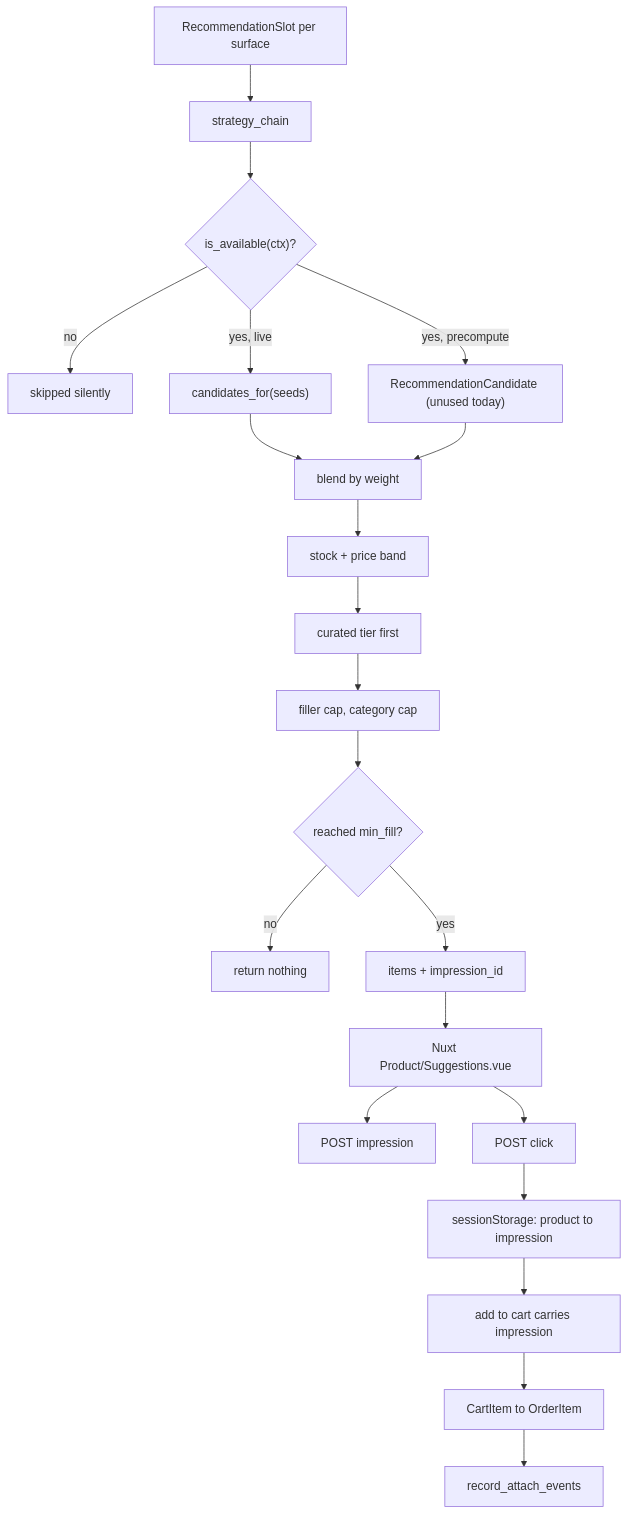
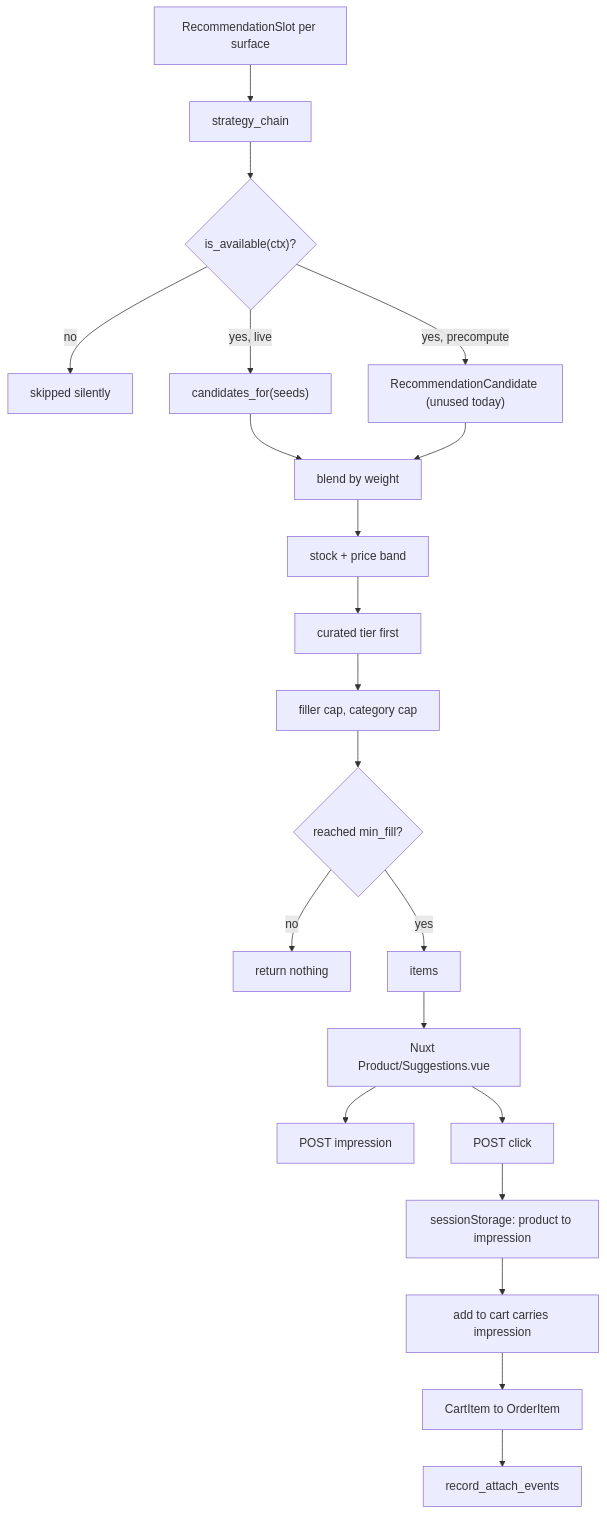
Before and after one commit to vasilistotskas/grooveshop-docs: the diagram in src/dev/flows/recommendations.md, drawn with Mermaid. The commit also changed other lines of this file and 5 other files, not shown here.

````diff
--- a/src/dev/flows/recommendations.md
+++ b/src/dev/flows/recommendations.md
@@ -21,24 +21,24 @@
 ```mermaid
 flowchart TD
   Slot["RecommendationSlot per surface"] --> Chain["strategy_chain"]
   Chain --> Avail{"is_available(ctx)?"}
   Avail -- "no" --> Skip["skipped silently"]
   Avail -- "yes, live" --> Live["candidates_for(seeds)"]
   Avail -- "yes, precompute" --> Table["RecommendationCandidate (unused today)"]
   Live --> Merge["blend by weight"]
   Table --> Merge
   Merge --> Guard["stock + price band"]
   Guard --> Tier["curated tier first"]
   Tier --> Div["filler cap, category cap"]
   Div --> Fill{"reached min_fill?"}
   Fill -- "no" --> Nothing["return nothing"]
-  Fill -- "yes" --> Resp["items + impression_id"]
+  Fill -- "yes" --> Resp["items"]
 
   Resp --> Strip["Nuxt Product/Suggestions.vue"]
   Strip --> Imp["POST impression"]
   Strip --> Clk["POST click"]
   Clk --> Remember["sessionStorage: product to impression"]
   Remember --> ATC["add to cart carries impression"]
   ATC --> Line["CartItem to OrderItem"]
   Line --> Attach["record_attach_events"]
 ```
````
